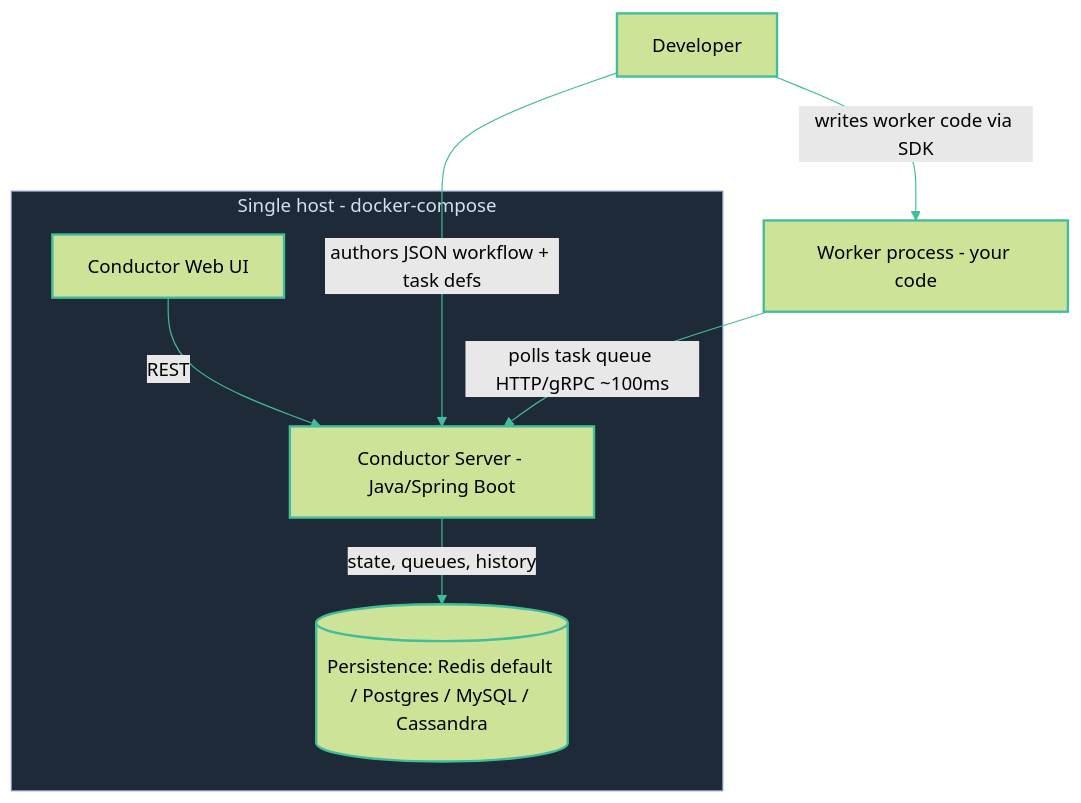
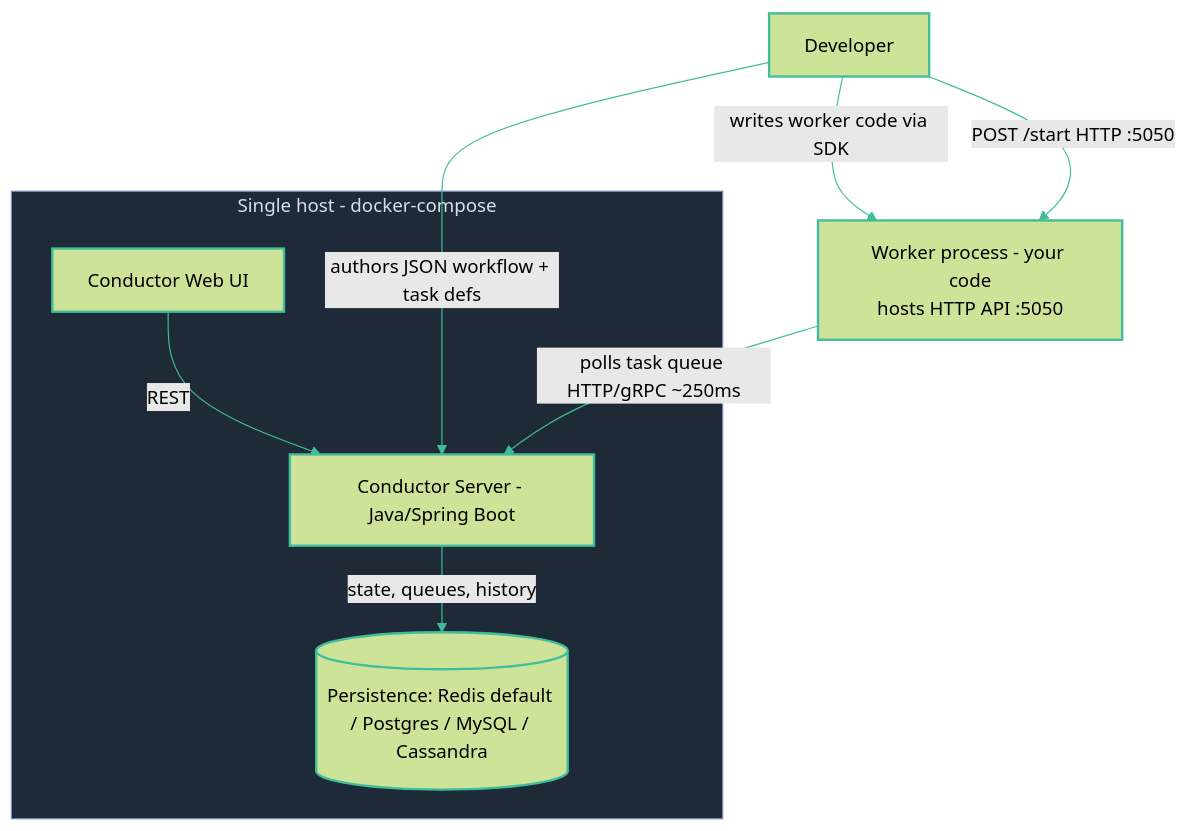
The diagram in slides/05-demo/04-conductor-diagram.md (diagrid-labs/durable-execution-battle), drawn with Mermaid (forest theme) before and after one commit. The commit also changed 10 other files, not shown here.

Commit message:
Update flow and diagrams

````diff
--- a/slides/05-demo/04-conductor-diagram.md
+++ b/slides/05-demo/04-conductor-diagram.md
@@ -3,16 +3,17 @@
 ```mermaid
 graph TD
   Dev[Developer] -->|authors JSON workflow + task defs| Server
-  Dev -->|writes worker code via SDK| Worker[Worker process - your code]
-  Worker -->|polls task queue HTTP/gRPC ~100ms| Server[Conductor Server - Java/Spring Boot]
+  Dev -->|writes worker code via SDK| Worker["Worker process - your code<br/>hosts HTTP API :5050"]
+  Dev -->|POST /start HTTP :5050| Worker
+  Worker -->|polls task queue HTTP/gRPC ~250ms| Server[Conductor Server - Java/Spring Boot]
   Server -->|state, queues, history| DB[(Persistence: Redis default / Postgres / MySQL / Cassandra)]
   UI[Conductor Web UI] -->|REST| Server
   subgraph LocalDockerCompose[Single host - docker-compose]
     Server
     DB
     UI
   end
   classDef default stroke:#41bd9b,stroke-width:2px
   linkStyle default stroke:#41bd9b,stroke-width:1px
   style LocalDockerCompose fill:#1e2a38,stroke:#7c93c7,stroke-width:1px,color:#d6def0
 ```
````
